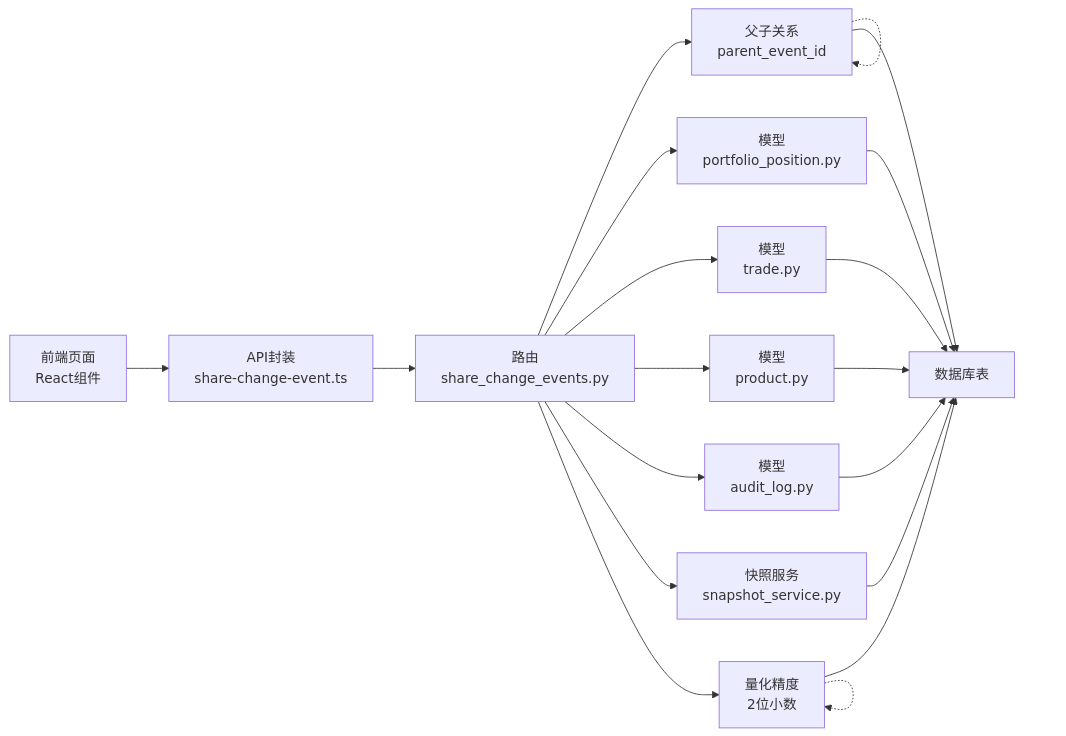
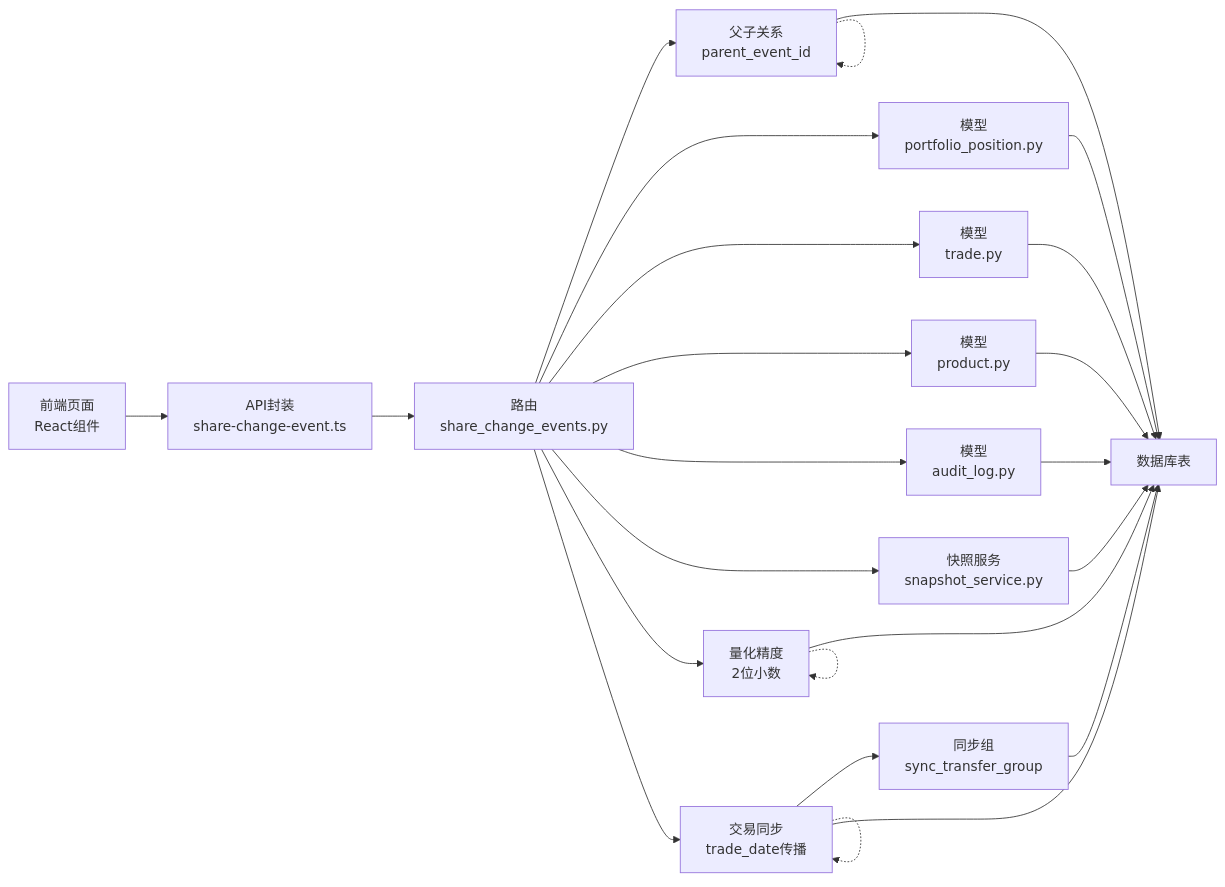
The third of 3 diagrams in .qoder/repowiki/zh/content/核心业务功能/份额变动事件.md (gujialind/InvestRing), drawn with Mermaid before and after one commit. The commit also changed other lines of this file and 28 other files, not shown here.

````diff
--- a/.qoder/repowiki/zh/content/核心业务功能/份额变动事件.md
+++ b/.qoder/repowiki/zh/content/核心业务功能/份额变动事件.md
@@ -420,21 +466,26 @@
 ```mermaid
 graph LR
 R["路由<br/>share_change_events.py"] --> M["模型<br/>share_change_event.py"]
 R --> P["模型<br/>portfolio_position.py"]
 R --> T["模型<br/>trade.py"]
 R --> PR["模型<br/>product.py"]
 R --> A["模型<br/>audit_log.py"]
 R --> SS["快照服务<br/>snapshot_service.py"]
 R --> Q["量化工具<br/>quantize.py"]
+R --> TS["交易服务<br/>trade_service.py"]
+TS --> STG["同步组<br/>sync_transfer_group"]
 M --> DB["数据库表"]
 P --> DB
 T --> DB
 PR --> DB
 A --> DB
 SS --> DB
 Q --> DB
+TS --> DB
+STG --> DB
 FE["前端页面<br/>React组件"] --> API["API封装<br/>share-change-event.ts"]
 API --> R
 M -.-> M["父子关系<br/>parent_event_id"]
 Q -.-> Q["量化精度<br/>2位小数"]
+TS -.-> TS["交易同步<br/>trade_date传播"]
 ```
````
